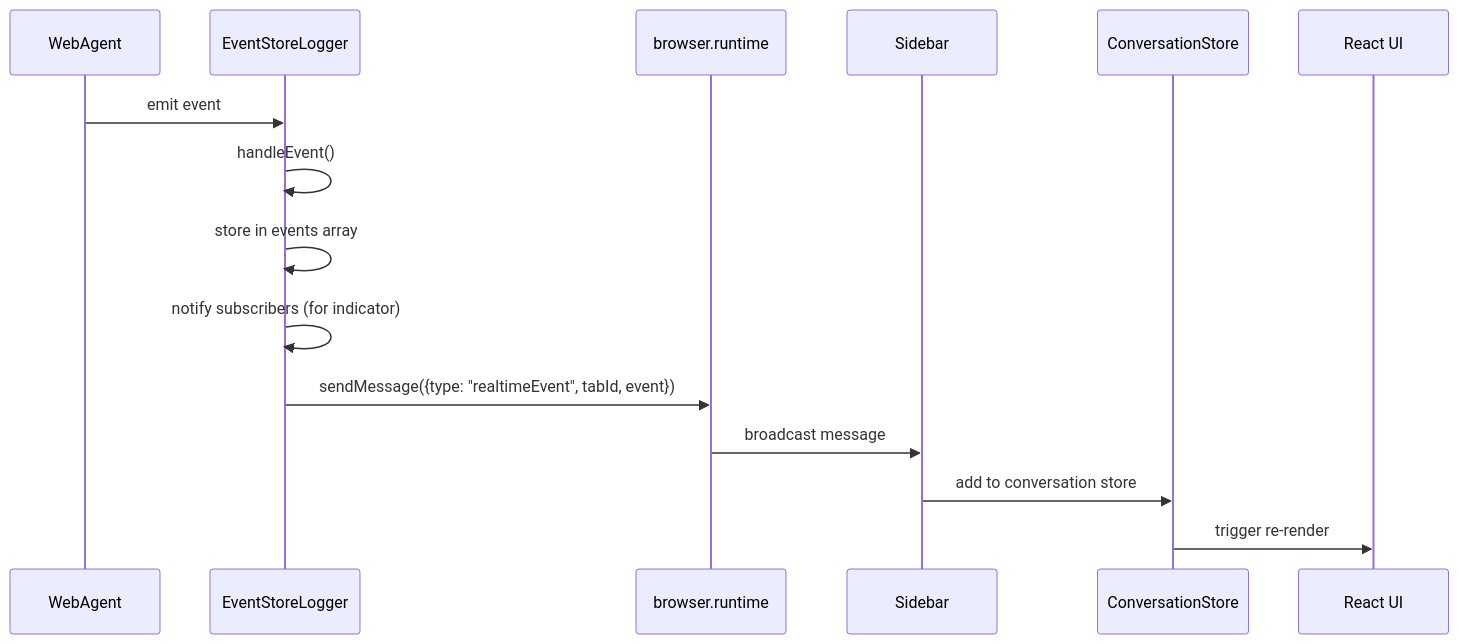
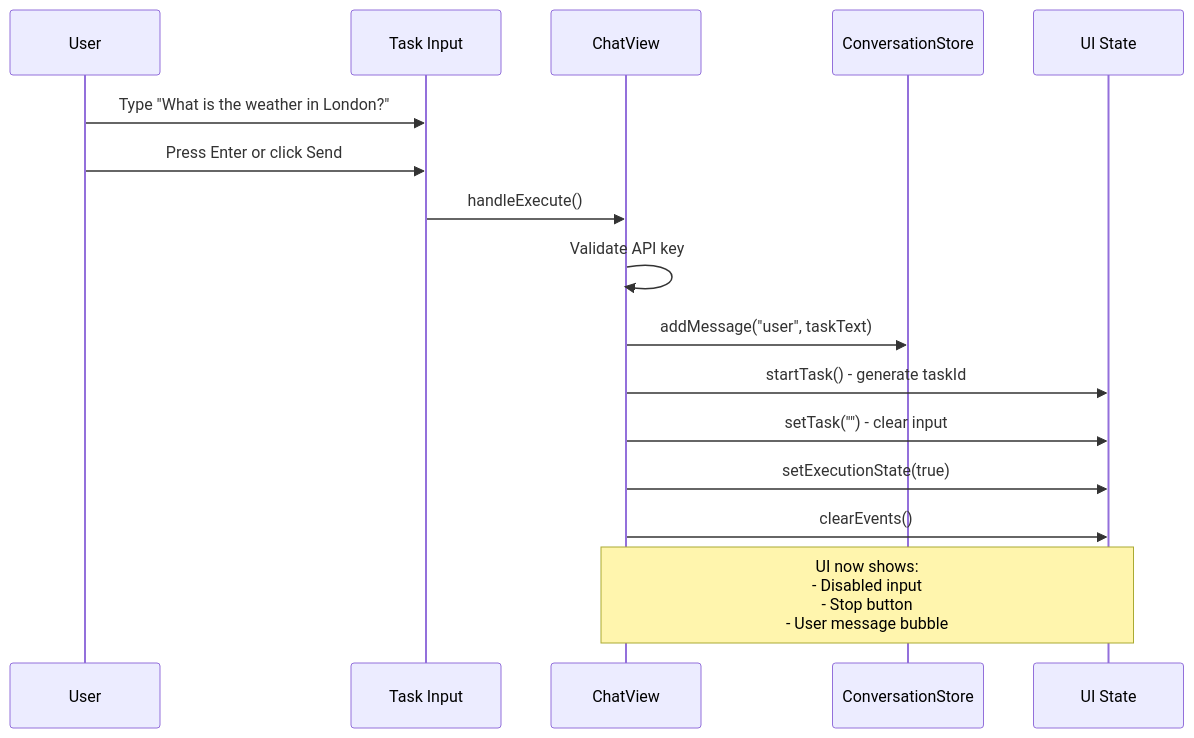
One commit to mozilla/pilo changed the third of 9 diagrams in extension/docs/task-execution-flow.md. Above: the diagram before and after it, drawn with Mermaid. The commit also changed other lines of this file, not shown here.

First line of the commit message:
docs(addon): Add overview diagrams and reorganize phases

````diff
--- a/extension/docs/task-execution-flow.md
+++ b/extension/docs/task-execution-flow.md
@@ -297,18 +103,20 @@
 ```mermaid
 sequenceDiagram
-    participant WA as WebAgent
-    participant ESL as EventStoreLogger
-    participant BR as browser.runtime
-    participant SB as Sidebar
-    participant CS as ConversationStore
-    participant UI as React UI
+    participant User
+    participant Input as Task Input
+    participant ChatView
+    participant ConvStore as ConversationStore
+    participant State as UI State
 
-    WA->>ESL: emit event
-    ESL->>ESL: handleEvent()
-    ESL->>ESL: store in events array
-    ESL->>ESL: notify subscribers (for indicator)
-    ESL->>BR: sendMessage({type: "realtimeEvent", tabId, event})
-    BR->>SB: broadcast message
-    SB->>CS: add to conversation store
-    CS->>UI: trigger re-render
+    User->>Input: Type "What is the weather in London?"
+    User->>Input: Press Enter or click Send
+    Input->>ChatView: handleExecute()
+    ChatView->>ChatView: Validate API key
+    ChatView->>ConvStore: addMessage("user", taskText)
+    ChatView->>State: startTask() - generate taskId
+    ChatView->>State: setTask("") - clear input
+    ChatView->>State: setExecutionState(true)
+    ChatView->>State: clearEvents()
+
+    Note over ChatView,State: UI now shows:<br/>- Disabled input<br/>- Stop button<br/>- User message bubble
 ```
````
